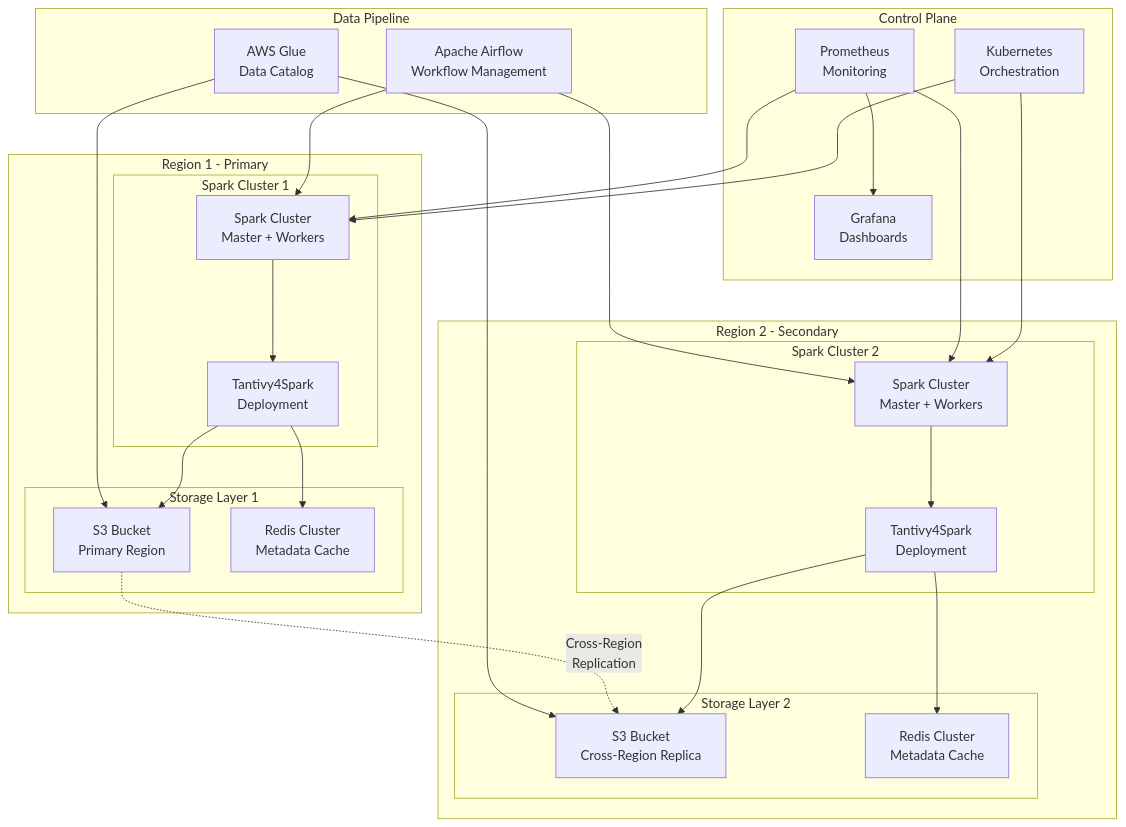
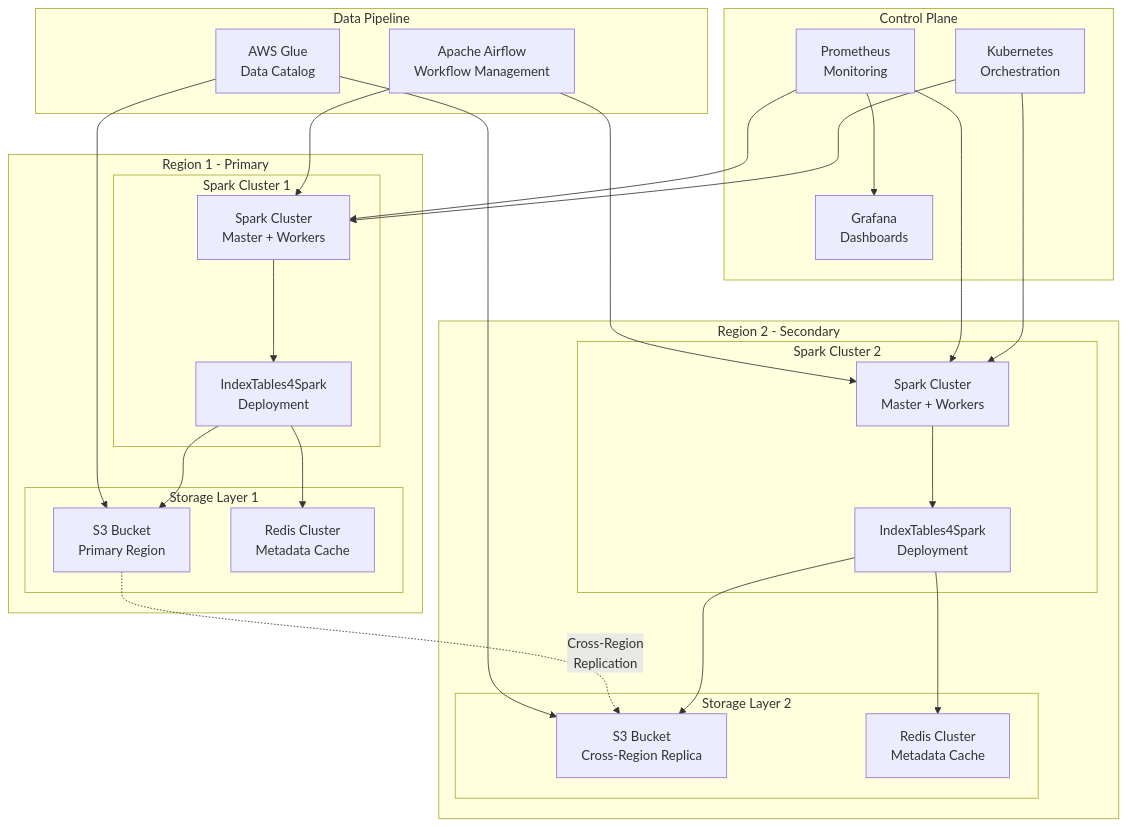
Before and after one commit to indextables/indextables_spark: diagram 12 of 13 in docs/UML_DIAGRAMS.md, drawn with Mermaid. The commit also changed other lines of this file and 10 other files, not shown here.

````diff
--- a/docs/UML_DIAGRAMS.md
+++ b/docs/UML_DIAGRAMS.md
@@ -804,57 +804,57 @@
 ```mermaid
 graph TB
     subgraph "Region 1 - Primary"
         subgraph "Spark Cluster 1"
             SC1[Spark Cluster<br/>Master + Workers]
-            T4S1[Tantivy4Spark<br/>Deployment]
+            T4S1[IndexTables4Spark<br/>Deployment]
         end
         
         subgraph "Storage Layer 1"
             S3R1[S3 Bucket<br/>Primary Region]
             Cache1[Redis Cluster<br/>Metadata Cache]
         end
     end
 
     subgraph "Region 2 - Secondary"
         subgraph "Spark Cluster 2" 
             SC2[Spark Cluster<br/>Master + Workers]
-            T4S2[Tantivy4Spark<br/>Deployment]
+            T4S2[IndexTables4Spark<br/>Deployment]
         end
         
         subgraph "Storage Layer 2"
             S3R2[S3 Bucket<br/>Cross-Region Replica]
             Cache2[Redis Cluster<br/>Metadata Cache]
         end
     end
 
     subgraph "Control Plane"
         K8s[Kubernetes<br/>Orchestration]
         Prometheus[Prometheus<br/>Monitoring]
         Grafana[Grafana<br/>Dashboards]
     end
 
     subgraph "Data Pipeline"
         Airflow[Apache Airflow<br/>Workflow Management]
         DataCatalog[AWS Glue<br/>Data Catalog]
     end
 
     SC1 --> T4S1
     SC2 --> T4S2
     T4S1 --> S3R1
     T4S2 --> S3R2
     T4S1 --> Cache1
     T4S2 --> Cache2
 
     S3R1 -.->|Cross-Region<br/>Replication| S3R2
 
     K8s --> SC1
     K8s --> SC2
     Prometheus --> SC1
     Prometheus --> SC2
     Prometheus --> Grafana
 
     Airflow --> SC1
     Airflow --> SC2
     DataCatalog --> S3R1
     DataCatalog --> S3R2
 ```
````
